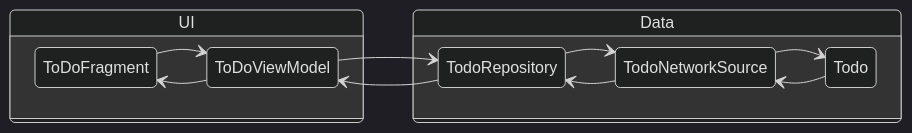
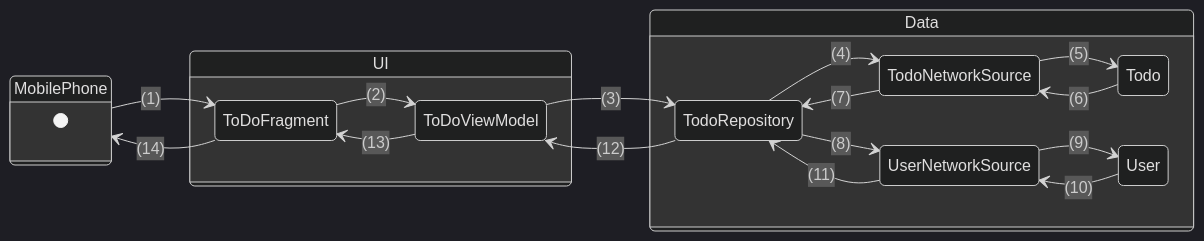
The second of 2 diagrams in Apps/SampleApp/README.md (cambridge-cares/TheWorldAvatar), drawn with Mermaid (dark theme) before and after one commit. The commit also changed other lines of this file and 3 other files, not shown here.

Commit message:
1786-android-documentation: Added READMEs for app and core modules, and modify diagrams in others

````diff
--- a/Apps/SampleApp/README.md
+++ b/Apps/SampleApp/README.md
@@ -58,19 +58,30 @@
 ```mermaid
     stateDiagram-v2
       direction LR
 
-      state UI {
-       ToDoFragment --> ToDoViewModel
-       ToDoViewModel --> ToDoFragment
+      MobilePhone --> ToDoFragment: (1)
+      ToDoViewModel --> TodoRepository: (3)
+      TodoRepository --> ToDoViewModel: (12)
+      ToDoFragment --> MobilePhone: (14)
+
+      state MobilePhone {
+        [*]
       }
 
-      ToDoViewModel --> TodoRepository
-      TodoRepository --> ToDoViewModel
+      state UI {
+       ToDoFragment --> ToDoViewModel: (2)
+       ToDoViewModel --> ToDoFragment: (13)
+      }
 
       state Data {
-        TodoRepository --> TodoNetworkSource
-        TodoNetworkSource --> Todo
-        Todo --> TodoNetworkSource
-        TodoNetworkSource --> TodoRepository
+        TodoRepository --> TodoNetworkSource: (4)
+        TodoNetworkSource --> Todo: (5)
+        Todo --> TodoNetworkSource: (6)
+        TodoNetworkSource --> TodoRepository: (7)
+
+        TodoRepository --> UserNetworkSource: (8)
+        UserNetworkSource --> User: (9)
+        User --> UserNetworkSource: (10)
+        UserNetworkSource --> TodoRepository: (11)
       }
 ```
````
